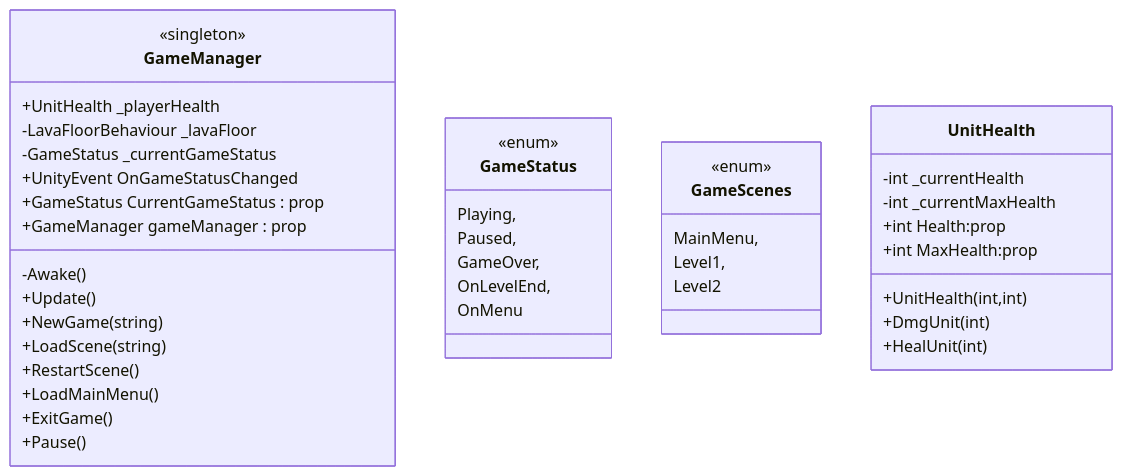
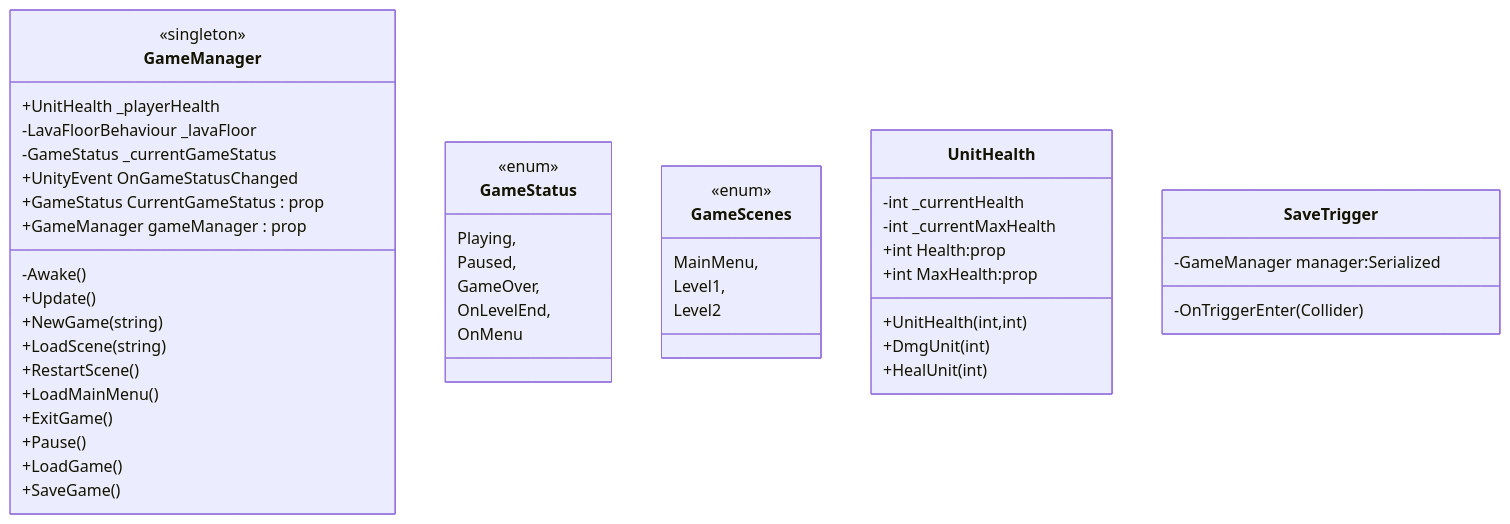
One commit to Eldamo24/Floor-is-Lava changed the first of 5 diagrams in README.md. Above: the diagram before and after it, drawn with Mermaid.

````diff
--- a/README.md
+++ b/README.md
@@ -5,49 +5,56 @@
 ```mermaid
 classDiagram
 
     class GameManager{
       <<singleton>>
       +UnitHealth _playerHealth
       -LavaFloorBehaviour _lavaFloor
       -GameStatus _currentGameStatus
       +UnityEvent<GameStatus> OnGameStatusChanged
       +GameStatus CurrentGameStatus : prop
       +GameManager gameManager : prop
       -Awake()
       +Update()
       +NewGame(string)
       +LoadScene(string)
       +RestartScene()
       +LoadMainMenu()
       +ExitGame()
       +Pause()
+      +LoadGame()
+      +SaveGame()
     }
 
     class GameStatus{
     <<enum>>
     Playing,
     Paused,
     GameOver,
     OnLevelEnd,
     OnMenu
 
     }
 
     class GameScenes{
         <<enum>>
         MainMenu,
         Level1,
         Level2
     }
 	
     class UnitHealth{
         -int _currentHealth
         -int _currentMaxHealth
         +int Health:prop
         +int MaxHealth:prop
         +UnitHealth(int,int)
         +DmgUnit(int)
         +HealUnit(int)
     }
 
+    class SaveTrigger{
+        -GameManager manager:Serialized
+	-OnTriggerEnter(Collider)
+    }
+
 ```
````
